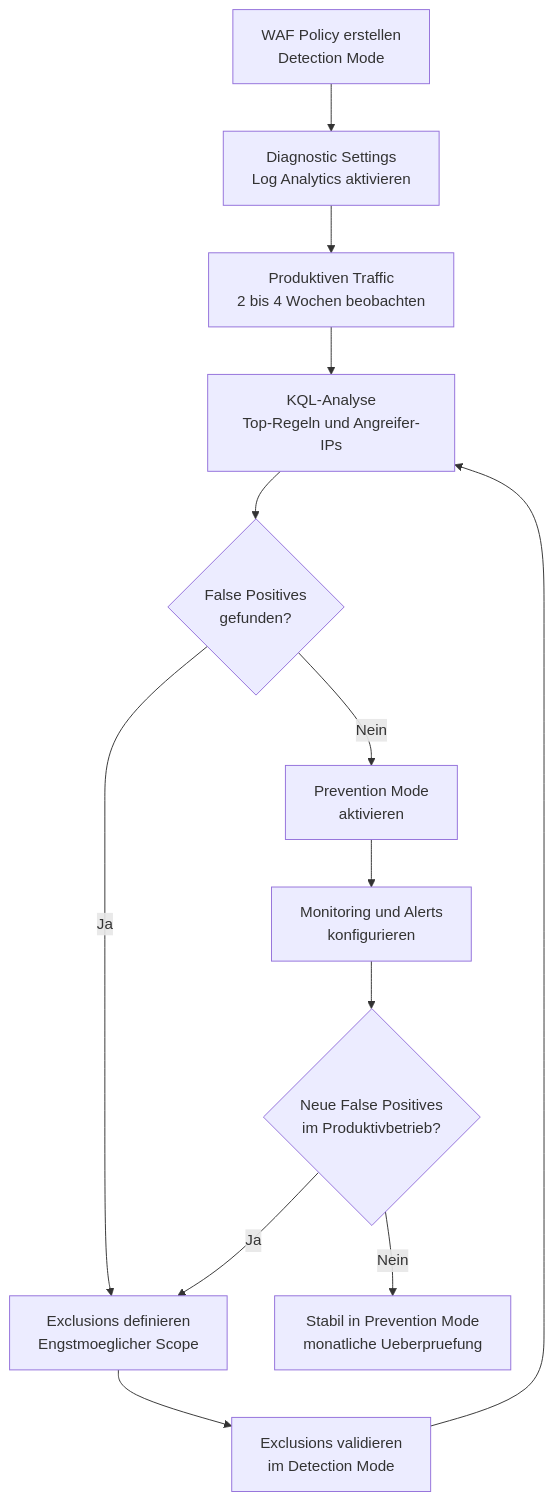
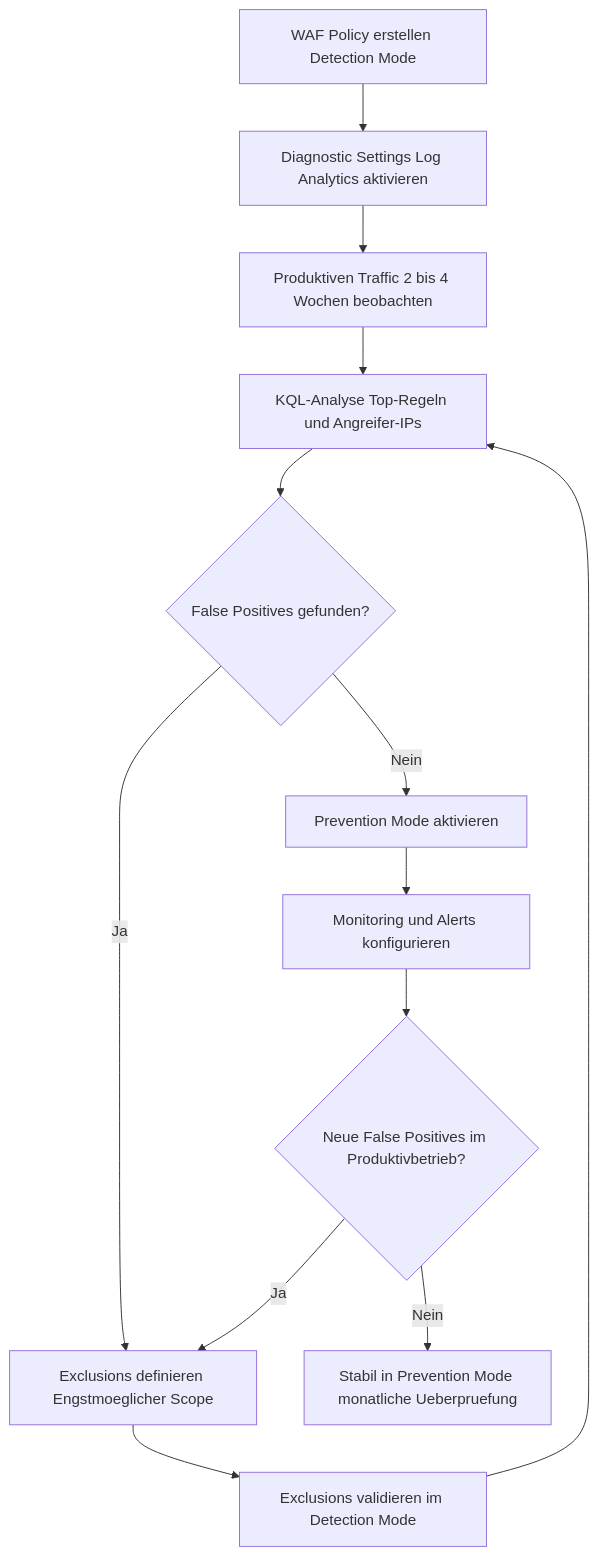
One commit to SoniiiT/notes-n-docs changed the second of 2 diagrams in Microsoft 365/Azure/Sicherheit/Azure Web Application Firewall.md. Above: the diagram before and after it, drawn with Mermaid. The commit also changed other lines of this file and 124 other files, not shown here.

First line of the commit message:
fix: Entferne \n aus allen Mermaid-Diagrammen (125 Dateien)

````diff
--- a/Microsoft 365/Azure/Sicherheit/Azure Web Application Firewall.md
+++ b/Microsoft 365/Azure/Sicherheit/Azure Web Application Firewall.md
@@ -515,15 +515,15 @@
 ```mermaid
 graph TD
-    A[WAF Policy erstellen\nDetection Mode] --> B[Diagnostic Settings\nLog Analytics aktivieren]
-    B --> C[Produktiven Traffic\n2 bis 4 Wochen beobachten]
-    C --> D[KQL-Analyse\nTop-Regeln und Angreifer-IPs]
-    D --> E{False Positives\ngefunden?}
-    E -->|Ja| F[Exclusions definieren\nEngstmoeglicher Scope]
-    F --> G[Exclusions validieren\nim Detection Mode]
+    A[WAF Policy erstellen Detection Mode] --> B[Diagnostic Settings Log Analytics aktivieren]
+    B --> C[Produktiven Traffic 2 bis 4 Wochen beobachten]
+    C --> D[KQL-Analyse Top-Regeln und Angreifer-IPs]
+    D --> E{False Positives gefunden?}
+    E -->|Ja| F[Exclusions definieren Engstmoeglicher Scope]
+    F --> G[Exclusions validieren im Detection Mode]
     G --> D
-    E -->|Nein| H[Prevention Mode\naktivieren]
-    H --> I[Monitoring und Alerts\nkonfigurieren]
-    I --> J{Neue False Positives\nim Produktivbetrieb?}
+    E -->|Nein| H[Prevention Mode aktivieren]
+    H --> I[Monitoring und Alerts konfigurieren]
+    I --> J{Neue False Positives im Produktivbetrieb?}
     J -->|Ja| F
-    J -->|Nein| K[Stabil in Prevention Mode\nmonatliche Ueberpruefung]
+    J -->|Nein| K[Stabil in Prevention Mode monatliche Ueberpruefung]
 ```
````
